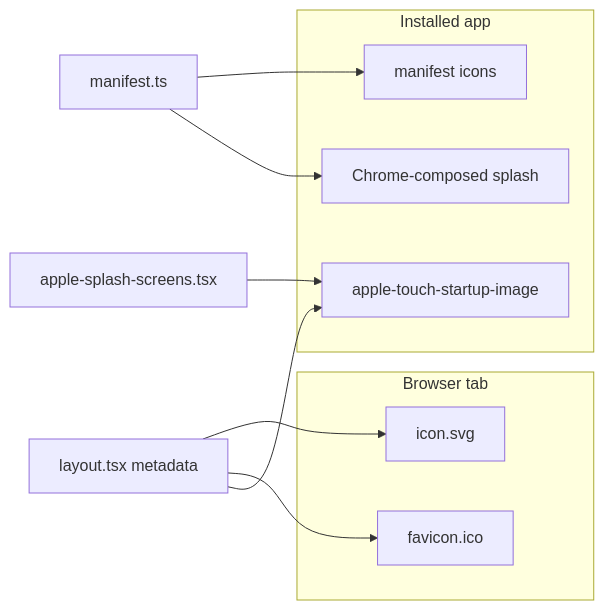
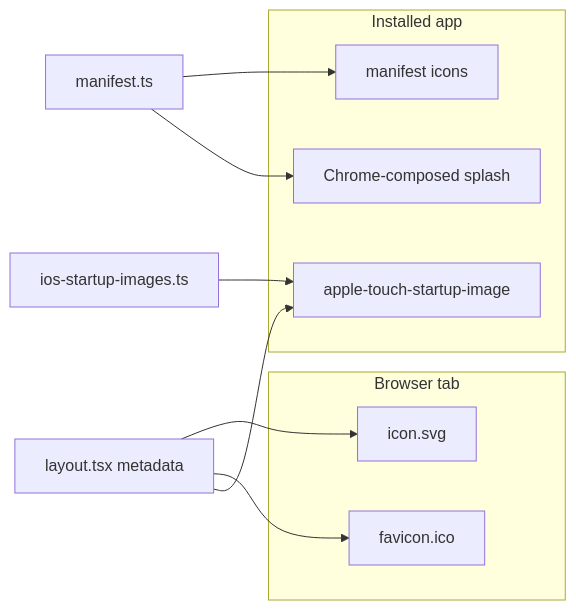
Before and after one commit to OffCrazyFreak/Disscount: the second of 2 diagrams in docs/BRAND.md, drawn with Mermaid. The commit also changed other lines of this file and 4 other files, not shown here.

````diff
--- a/docs/BRAND.md
+++ b/docs/BRAND.md
@@ -216,12 +216,12 @@
 ```mermaid
 flowchart LR
     subgraph Browser tab
       SVG[icon.svg] & ICO[favicon.ico]
     end
     subgraph Installed app
       PWA[manifest icons] & iOS[apple-touch-startup-image] & AND[Chrome-composed splash]
     end
     layout[layout.tsx metadata] --> SVG & ICO & iOS
     manifest[manifest.ts] --> PWA & AND
-    splashcomp[apple-splash-screens.tsx] --> iOS
+    splashcomp[ios-startup-images.ts] --> iOS
 ```
````
